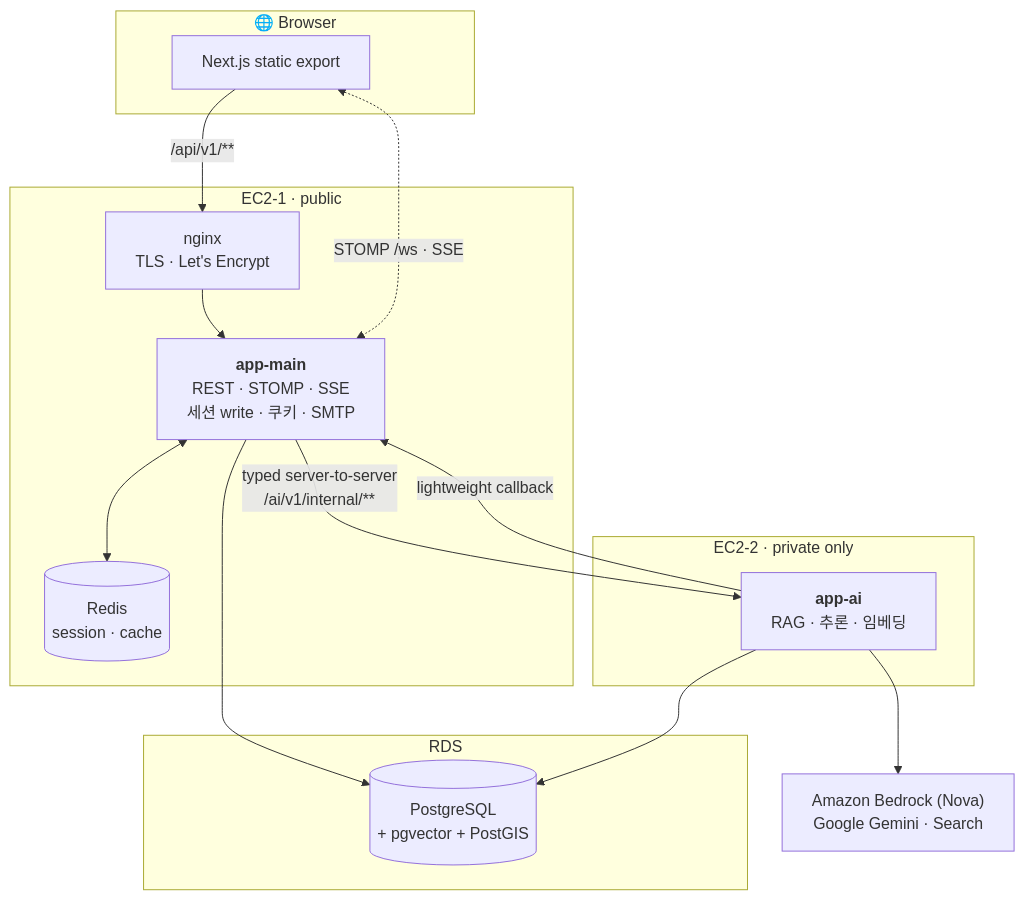
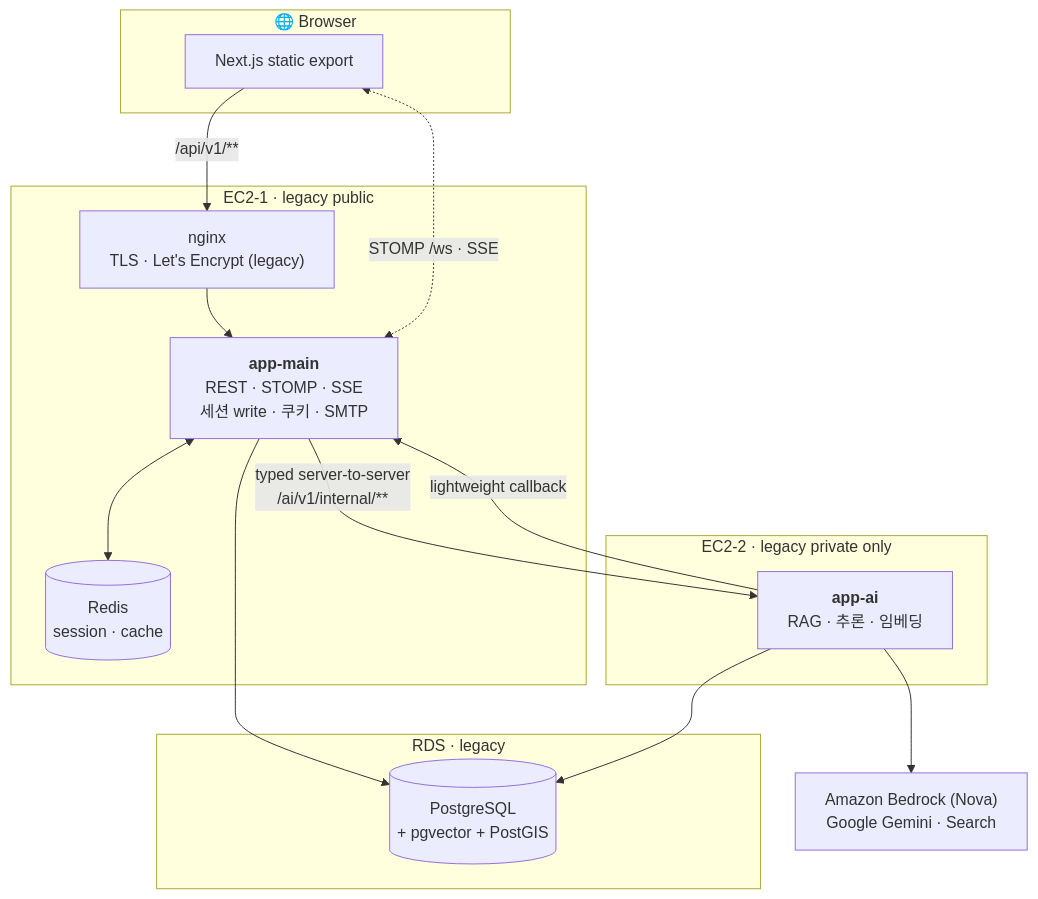
Before and after one commit to rktclgh/ieum_BE: the first of 3 diagrams in README.md, drawn with Mermaid. The commit also changed other lines of this file and 51 other files, not shown here.

````diff
--- a/README.md
+++ b/README.md
@@ -58,31 +72,31 @@
 ```mermaid
 flowchart TB
     subgraph Browser["🌐 Browser"]
         FE["Next.js static export"]
     end
 
-    subgraph EC2_1["EC2-1 · public"]
-        NGINX["nginx<br/>TLS · Let's Encrypt"]
+    subgraph EC2_1["EC2-1 · legacy public"]
+        NGINX["nginx<br/>TLS · Let's Encrypt (legacy)"]
         MAIN["<b>app-main</b><br/>REST · STOMP · SSE<br/>세션 write · 쿠키 · SMTP"]
         REDIS[("Redis<br/>session · cache")]
     end
 
-    subgraph EC2_2["EC2-2 · private only"]
+    subgraph EC2_2["EC2-2 · legacy private only"]
         AI["<b>app-ai</b><br/>RAG · 추론 · 임베딩"]
     end
 
-    subgraph RDS["RDS"]
+    subgraph RDS["RDS · legacy"]
         DB[("PostgreSQL<br/>+ pgvector + PostGIS")]
     end
 
     EXT["Amazon Bedrock (Nova)<br/>Google Gemini · Search"]
 
     FE -->|"/api/v1/**"| NGINX --> MAIN
     FE <-.->|"STOMP /ws · SSE"| MAIN
     MAIN <--> REDIS
     MAIN -->|"typed server-to-server<br/>/ai/v1/internal/**"| AI
     AI -->|"lightweight callback"| MAIN
     MAIN --> DB
     AI --> DB
     AI --> EXT
 ```
````
